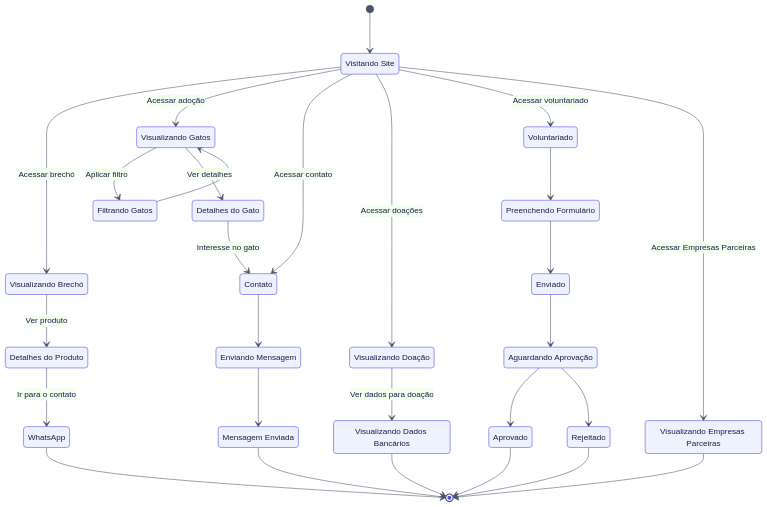
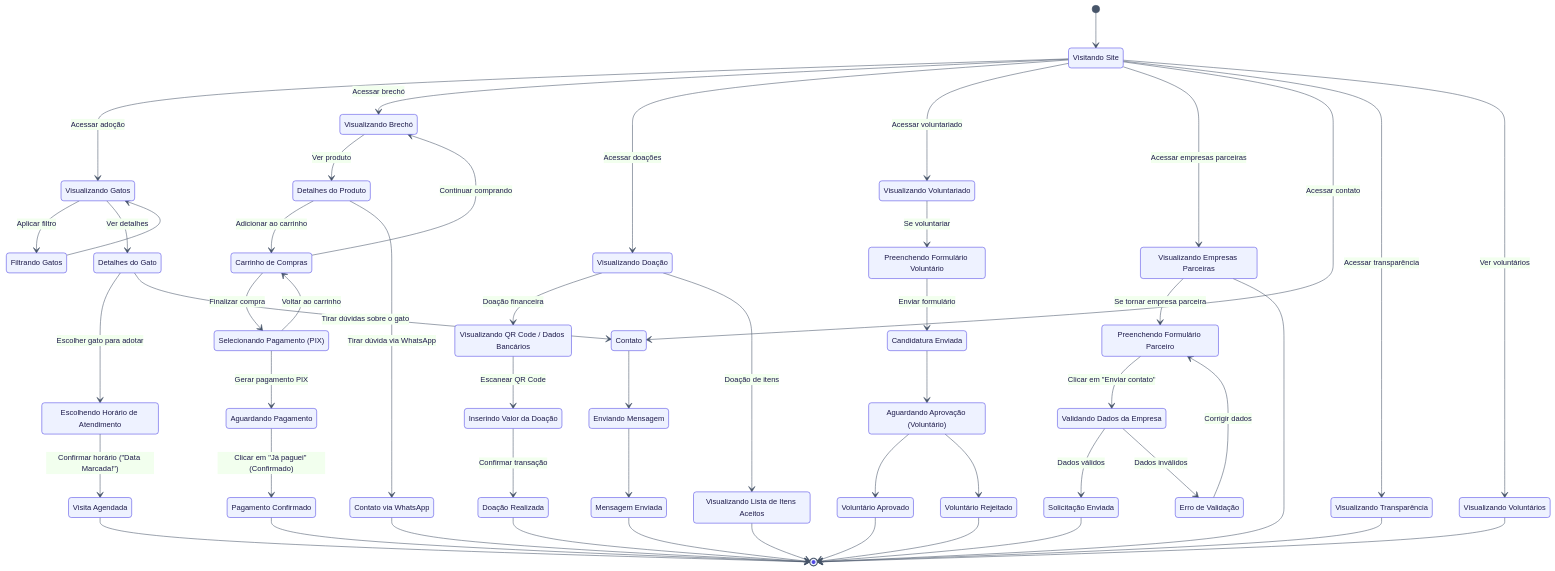
Before and after one commit to ligiaoliveira/Casa-dos-Gatos: the fourth of 12 diagrams in README.md, drawn with Mermaid.

````diff
--- a/README.md
+++ b/README.md
@@ -263,72 +263,120 @@
 ```mermaid
-%%{init: {'theme': 'base', 'themeVariables': {'fontSize': '15px', 'primaryColor': '#eef2ff', 'primaryBorderColor': '#4f46e5', 'primaryTextColor': '#1e1b4b', 'lineColor': '#475569'}, 'flowchart': {'nodeSpacing': 65, 'rankSpacing': 75}}}%%
+%%{init: {'theme': 'base', 'themeVariables': {'fontSize': '14px', 'primaryColor': '#eef2ff', 'primaryBorderColor': '#4f46e5', 'primaryTextColor': '#1e1b4b', 'lineColor': '#475569'}, 'flowchart': {'nodeSpacing': 50, 'rankSpacing': 65}}}%%
 stateDiagram-v2
     direction TB
 
-    %% Estados com nomes formatados para leitura nítida
+    %% Estados Principais
     state "Visitando Site" as VisitandoSite
-    state "Visualizando Brechó" as VisualizandoBrecho
-    state "Detalhes do Produto" as DetalhesProduto
-    state "WhatsApp" as WhatsApp
+    state "Visualizando Transparência" as VisualizandoTransparencia
+    state "Visualizando Voluntários" as VisualizandoVoluntarios
 
+    %% 1. Estados de Adoção
     state "Visualizando Gatos" as VisualizandoGatos
     state "Filtrando Gatos" as FiltrandoGatos
     state "Detalhes do Gato" as DetalhesGato
+    state "Escolhendo Horário de Atendimento" as EscolhendoHorario
+    state "Visita Agendada" as VisitaAgendada
 
+    %% 2. Estados de Brechó
+    state "Visualizando Brechó" as VisualizandoBrecho
+    state "Detalhes do Produto" as DetalhesProduto
+    state "Carrinho de Compras" as CarrinhoCompras
+    state "Selecionando Pagamento (PIX)" as SelecionandoPagamento
+    state "Aguardando Pagamento" as AguardandoPagamento
+    state "Pagamento Confirmado" as PagamentoConfirmado
+    state "Contato via WhatsApp" as WhatsApp
+
+    %% 3. Estados de Doação
+    state "Visualizando Doação" as VisualizandoDoacao
+    state "Visualizando QR Code / Dados Bancários" as DadosDoacao
+    state "Inserindo Valor da Doação" as InserindoValor
+    state "Doação Realizada" as DoacaoRealizada
+    state "Visualizando Lista de Itens Aceitos" as ListaItens
+
+    %% 4. Estados de Voluntariado
+    state "Visualizando Voluntariado" as Voluntariado
+    state "Preenchendo Formulário Voluntário" as FormVoluntario
+    state "Candidatura Enviada" as CandidaturaVolEnviada
+    state "Aguardando Aprovação (Voluntário)" as AguardandoVol
+    state "Voluntário Aprovado" as VolAprovado
+    state "Voluntário Rejeitado" as VolRejeitado
+
+    %% 5. Estados de Empresa Parceira
+    state "Visualizando Empresas Parceiras" as VisualizandoEmpresas
+    state "Preenchendo Formulário Parceiro" as FormEmpresa
+    state "Validando Dados da Empresa" as ValidandoEmpresa
+    state "Solicitação Enviada" as SolicitacaoEmpresaEnviada
+    state "Erro de Validação" as ErroEmpresa
+
+    %% 6. Estados de Contato
     state "Contato" as Contato
     state "Enviando Mensagem" as EnviandoMensagem
     state "Mensagem Enviada" as MensagemEnviada
 
-    state "Visualizando Doação" as VisualizandoDoacao
-    state "Visualizando Dados Bancários" as VisualizandoDadosBancarios
-
-    state "Voluntariado" as Voluntariado
-    state "Preenchendo Formulário" as PreenchendoFormulario
-    state "Enviado" as Enviado
-    state "Aguardando Aprovação" as AguardandoAprovacao
-    state "Aprovado" as Aprovado
-    state "Rejeitado" as Rejeitado
-
-    state "Visualizando Empresas Parceiras" as VisualizandoEmpresasParceiras
-
     %% Início
     [*] --> VisitandoSite
 
-    %% Ramificações principais a partir de VisitandoSite
+    %% Navegação a partir da Página Inicial
+    VisitandoSite --> VisualizandoGatos : Acessar adoção
     VisitandoSite --> VisualizandoBrecho : Acessar brechó
-    VisitandoSite --> VisualizandoGatos : Acessar adoção
-    VisitandoSite --> Contato : Acessar contato
     VisitandoSite --> VisualizandoDoacao : Acessar doações
     VisitandoSite --> Voluntariado : Acessar voluntariado
-    VisitandoSite --> VisualizandoEmpresasParceiras : Acessar Empresas Parceiras
+    VisitandoSite --> VisualizandoEmpresas : Acessar empresas parceiras
+    VisitandoSite --> Contato : Acessar contato
+    VisitandoSite --> VisualizandoTransparencia : Acessar transparência
+    VisitandoSite --> VisualizandoVoluntarios : Ver voluntários
 
-    %% 1. Fluxo Brechó
-    VisualizandoBrecho --> DetalhesProduto : Ver produto
-    DetalhesProduto --> WhatsApp : Ir para o contato
-    WhatsApp --> [*]
-
-    %% 2. Fluxo Adoção & Contato
+    %% Fluxo 1: Adoção (integrado com Sequência de Adoção)
     VisualizandoGatos --> FiltrandoGatos : Aplicar filtro
     FiltrandoGatos --> VisualizandoGatos
     VisualizandoGatos --> DetalhesGato : Ver detalhes
-    DetalhesGato --> Contato : Interesse no gato
+    DetalhesGato --> EscolhendoHorario : Escolher gato para adotar
+    EscolhendoHorario --> VisitaAgendada : Confirmar horário ("Data Marcada!")
+    DetalhesGato --> Contato : Tirar dúvidas sobre o gato
+    VisitaAgendada --> [*]
+
+    %% Fluxo 2: Brechó (integrado com Sequência de Brechó e Caso de Uso)
+    VisualizandoBrecho --> DetalhesProduto : Ver produto
+    DetalhesProduto --> CarrinhoCompras : Adicionar ao carrinho
+    DetalhesProduto --> WhatsApp : Tirar dúvida via WhatsApp
+    CarrinhoCompras --> VisualizandoBrecho : Continuar comprando
+    CarrinhoCompras --> SelecionandoPagamento : Finalizar compra
+    SelecionandoPagamento --> CarrinhoCompras : Voltar ao carrinho
+    SelecionandoPagamento --> AguardandoPagamento : Gerar pagamento PIX
+    AguardandoPagamento --> PagamentoConfirmado : Clicar em "Já paguei" (Confirmado)
+    PagamentoConfirmado --> [*]
+    WhatsApp --> [*]
+
+    %% Fluxo 3: Doações (integrado com Sequência de Doar e Caso de Uso)
+    VisualizandoDoacao --> DadosDoacao : Doação financeira
+    DadosDoacao --> InserindoValor : Escanear QR Code
+    InserindoValor --> DoacaoRealizada : Confirmar transação
+    VisualizandoDoacao --> ListaItens : Doação de itens
+    DoacaoRealizada --> [*]
+    ListaItens --> [*]
+
+    %% Fluxo 4: Voluntariado
+    Voluntariado --> FormVoluntario : Se voluntariar
+    FormVoluntario --> CandidaturaVolEnviada : Enviar formulário
+    CandidaturaVolEnviada --> AguardandoVol
+    AguardandoVol --> VolAprovado
+    AguardandoVol --> VolRejeitado
+    VolAprovado --> [*]
+    VolRejeitado --> [*]
+
+    %% Fluxo 5: Empresa Parceira (integrado com Sequência de Empresa Parceira)
+    VisualizandoEmpresas --> FormEmpresa : Se tornar empresa parceira
+    FormEmpresa --> ValidandoEmpresa : Clicar em "Enviar contato"
+    ValidandoEmpresa --> SolicitacaoEmpresaEnviada : Dados válidos
+    ValidandoEmpresa --> ErroEmpresa : Dados inválidos
+    ErroEmpresa --> FormEmpresa : Corrigir dados
+    SolicitacaoEmpresaEnviada --> [*]
+    VisualizandoEmpresas --> [*]
+
+    %% Fluxo 6: Contato e Consultas Públicas
     Contato --> EnviandoMensagem
     EnviandoMensagem --> MensagemEnviada
     MensagemEnviada --> [*]
-
-    %% 3. Fluxo Doações
-    VisualizandoDoacao --> VisualizandoDadosBancarios : Ver dados para doação
-    VisualizandoDadosBancarios --> [*]
-
-    %% 4. Fluxo Voluntariado
-    Voluntariado --> PreenchendoFormulario
-    PreenchendoFormulario --> Enviado
-    Enviado --> AguardandoAprovacao
-    AguardandoAprovacao --> Aprovado
-    AguardandoAprovacao --> Rejeitado
-    Aprovado --> [*]
-    Rejeitado --> [*]
-
-    %% 5. Fluxo Empresas Parceiras
-    VisualizandoEmpresasParceiras --> [*]
+    VisualizandoTransparencia --> [*]
+    VisualizandoVoluntarios --> [*]
 ```
````
